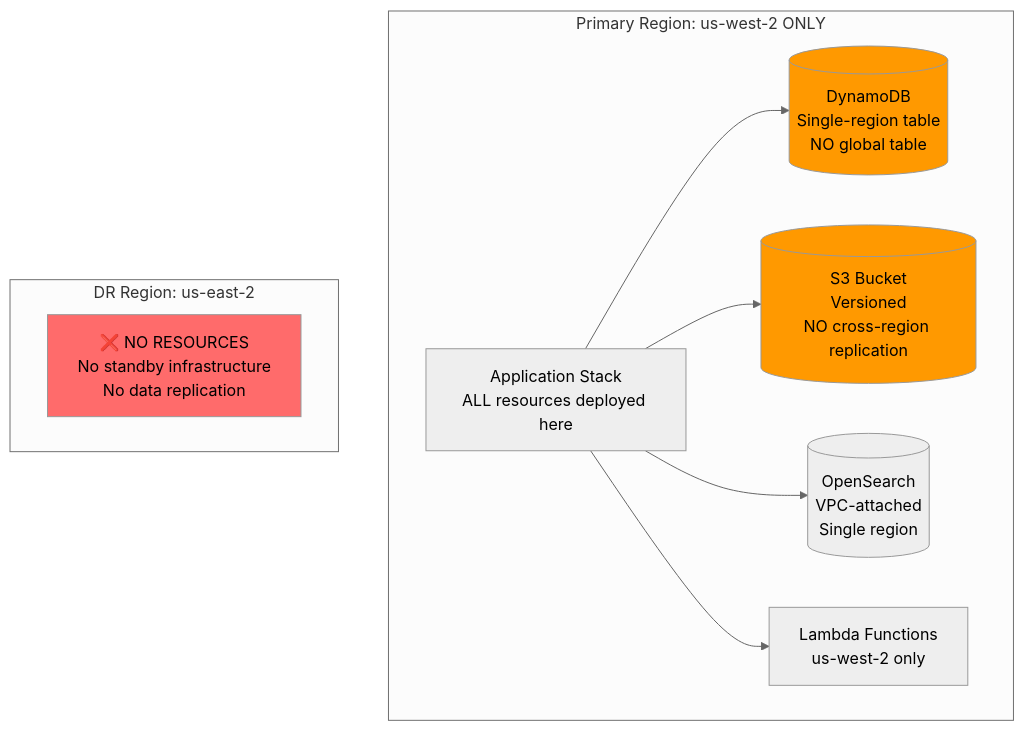
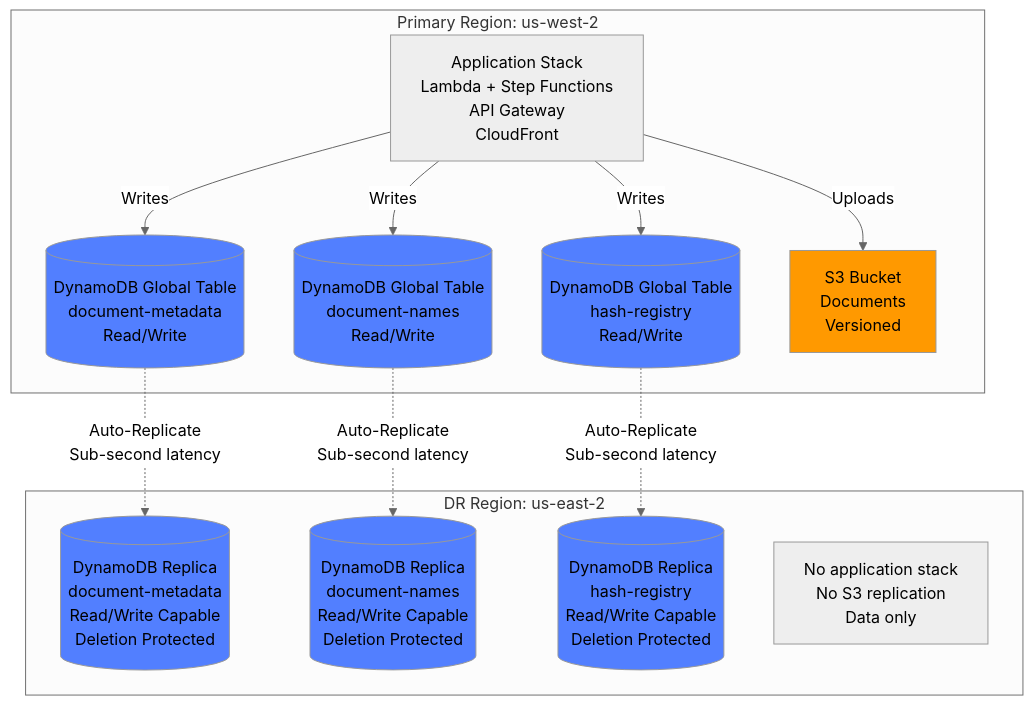
One commit to annabook21/IntelligentDoc_Processor changed diagram 13 of 13 in ARCHITECTURE.md. Above: the diagram before and after it, drawn with Mermaid (neutral theme). The commit also changed other lines of this file and 5 other files, not shown here.

````diff
--- a/ARCHITECTURE.md
+++ b/ARCHITECTURE.md
@@ -725,23 +766,34 @@
 ```mermaid
 graph TB
-    subgraph "Primary Region: us-west-2 ONLY"
-        App[Application Stack<br/>ALL resources deployed here]
-        DDB[(DynamoDB<br/>Single-region table<br/>NO global table)]
-        S3[(S3 Bucket<br/>Versioned<br/>NO cross-region replication)]
-        OpenSearch[(OpenSearch<br/>VPC-attached<br/>Single region)]
-        Lambda[Lambda Functions<br/>us-west-2 only]
+    subgraph "Primary Region: us-west-2"
+        App[Application Stack<br/>Lambda + Step Functions<br/>API Gateway<br/>CloudFront]
+        DDB1[(DynamoDB Global Table<br/>document-metadata<br/>Read/Write)]
+        DDB2[(DynamoDB Global Table<br/>document-names<br/>Read/Write)]
+        Hash1[(DynamoDB Global Table<br/>hash-registry<br/>Read/Write)]
+        S3_1[S3 Bucket<br/>Documents<br/>Versioned]
     end
 
     subgraph "DR Region: us-east-2"
-        Empty[❌ NO RESOURCES<br/>No standby infrastructure<br/>No data replication]
+        DDB1_DR[(DynamoDB Replica<br/>document-metadata<br/>Read/Write Capable<br/>Deletion Protected)]
+        DDB2_DR[(DynamoDB Replica<br/>document-names<br/>Read/Write Capable<br/>Deletion Protected)]
+        Hash1_DR[(DynamoDB Replica<br/>hash-registry<br/>Read/Write Capable<br/>Deletion Protected)]
+        note_dr[No application stack<br/>No S3 replication<br/>Data only]
     end
 
-    App --> DDB
-    App --> S3
-    App --> OpenSearch
-    App --> Lambda
+    App -->|Writes| DDB1
+    App -->|Writes| DDB2
+    App -->|Writes| Hash1
+    App -->|Uploads| S3_1
 
-    style Empty fill:#ff6b6b
-    style DDB fill:#ff9900
-    style S3 fill:#ff9900
+    DDB1 -.->|Auto-Replicate<br/>Sub-second latency| DDB1_DR
+    DDB2 -.->|Auto-Replicate<br/>Sub-second latency| DDB2_DR
+    Hash1 -.->|Auto-Replicate<br/>Sub-second latency| Hash1_DR
+
+    style DDB1 fill:#527fff
+    style DDB2 fill:#527fff
+    style Hash1 fill:#527fff
+    style DDB1_DR fill:#527fff
+    style DDB2_DR fill:#527fff
+    style Hash1_DR fill:#527fff
+    style S3_1 fill:#ff9900
 ```
````
